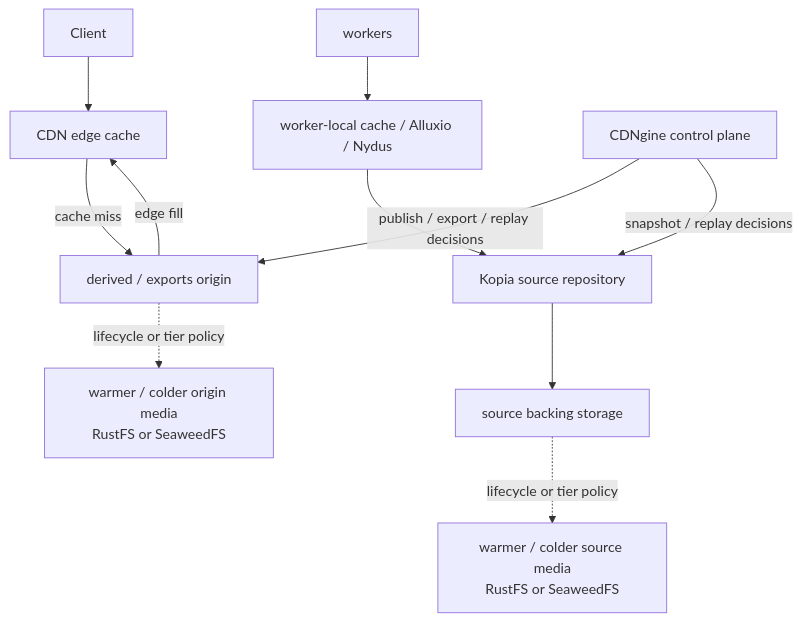
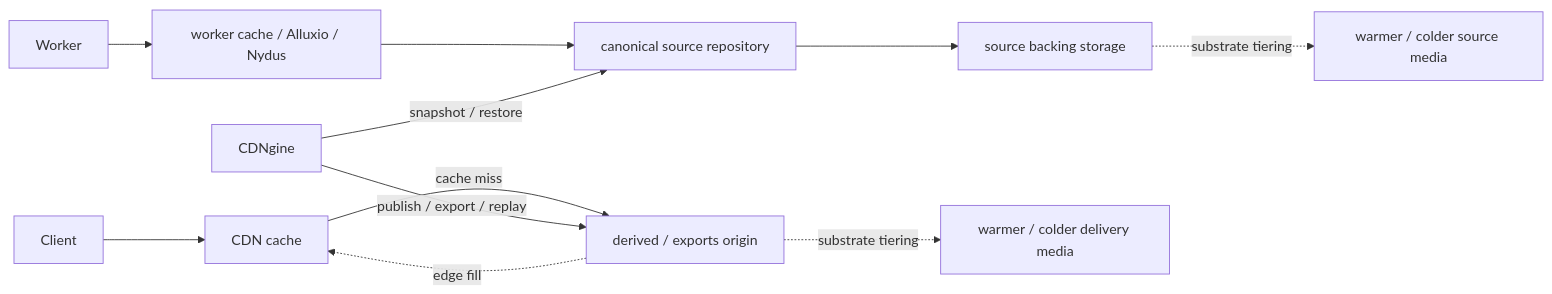
Before and after one commit to Yeusepe/cdngine: the fifth of 10 diagrams in docs/architecture.md, drawn with Mermaid. The commit also changed other lines of this file and 18 other files, not shown here.

First line of the commit message:
Restructure docs: architecture & lifecycle

````diff
--- a/docs/architecture.md
+++ b/docs/architecture.md
@@ -493,15 +290,15 @@
 ```mermaid
-flowchart TB
-    Client["Client"] --> CDN["CDN edge cache"]
-    CDN -->|cache miss| DeliveryOrigin["derived / exports origin"]
-    DeliveryOrigin -->|edge fill| CDN
-    DeliveryOrigin -. lifecycle or tier policy .-> DeliveryTiers["warmer / colder origin media\nRustFS or SeaweedFS"]
+flowchart LR
+    Client["Client"] --> CDN["CDN cache"]
+    CDN -->|cache miss| Origin["derived / exports origin"]
+    Origin -. edge fill .-> CDN
 
-    Workers["workers"] --> WorkerCache["worker-local cache / Alluxio / Nydus"]
-    WorkerCache --> SourcePlane["Kopia source repository"]
-    SourcePlane --> SourceBacking["source backing storage"]
-    SourceBacking -. lifecycle or tier policy .-> SourceTiers["warmer / colder source media\nRustFS or SeaweedFS"]
+    Worker["Worker"] --> HotRead["worker cache / Alluxio / Nydus"]
+    HotRead --> Source["canonical source repository"]
+    Source --> Backing["source backing storage"]
 
-    Control["CDNgine control plane"] -->|publish / export / replay decisions| DeliveryOrigin
-    Control -->|snapshot / replay decisions| SourcePlane
+    Control["CDNgine"] -->|publish / export / replay| Origin
+    Control -->|snapshot / restore| Source
+    Backing -. substrate tiering .-> SourceCold["warmer / colder source media"]
+    Origin -. substrate tiering .-> OriginCold["warmer / colder delivery media"]
 ```
````
